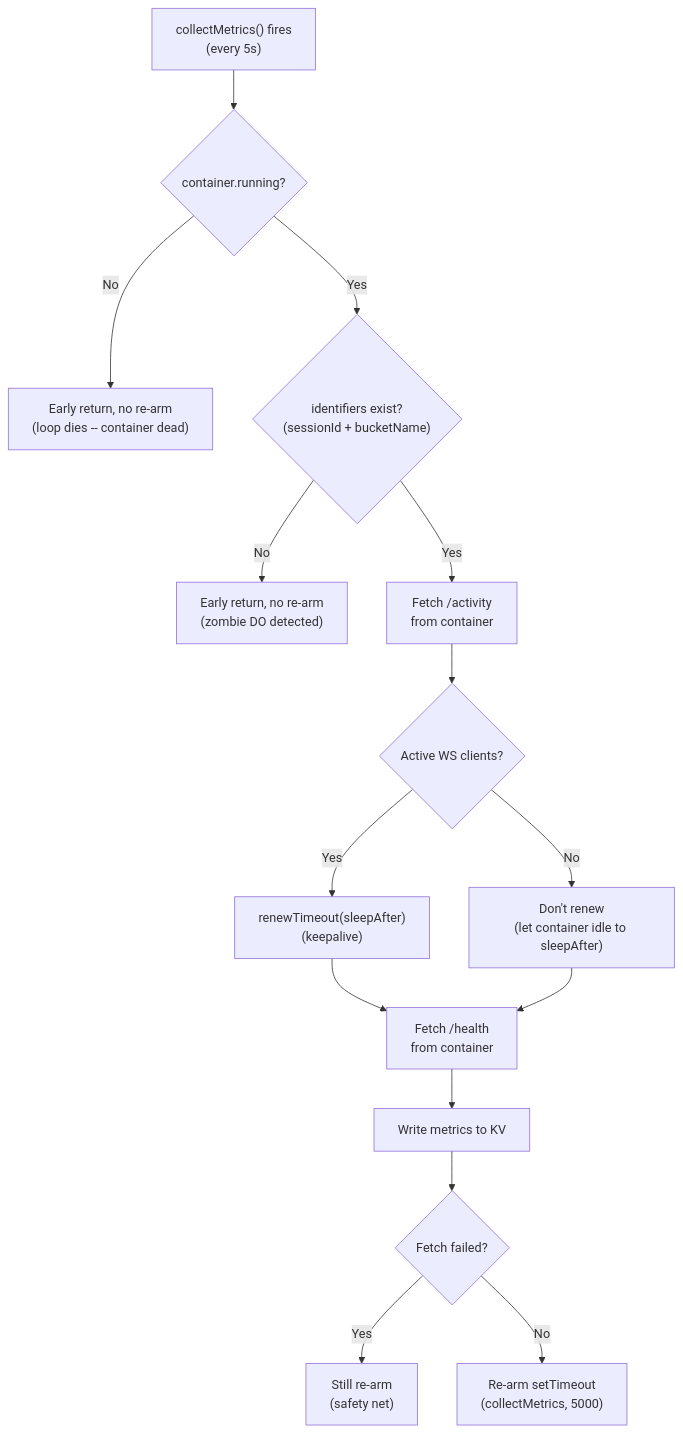
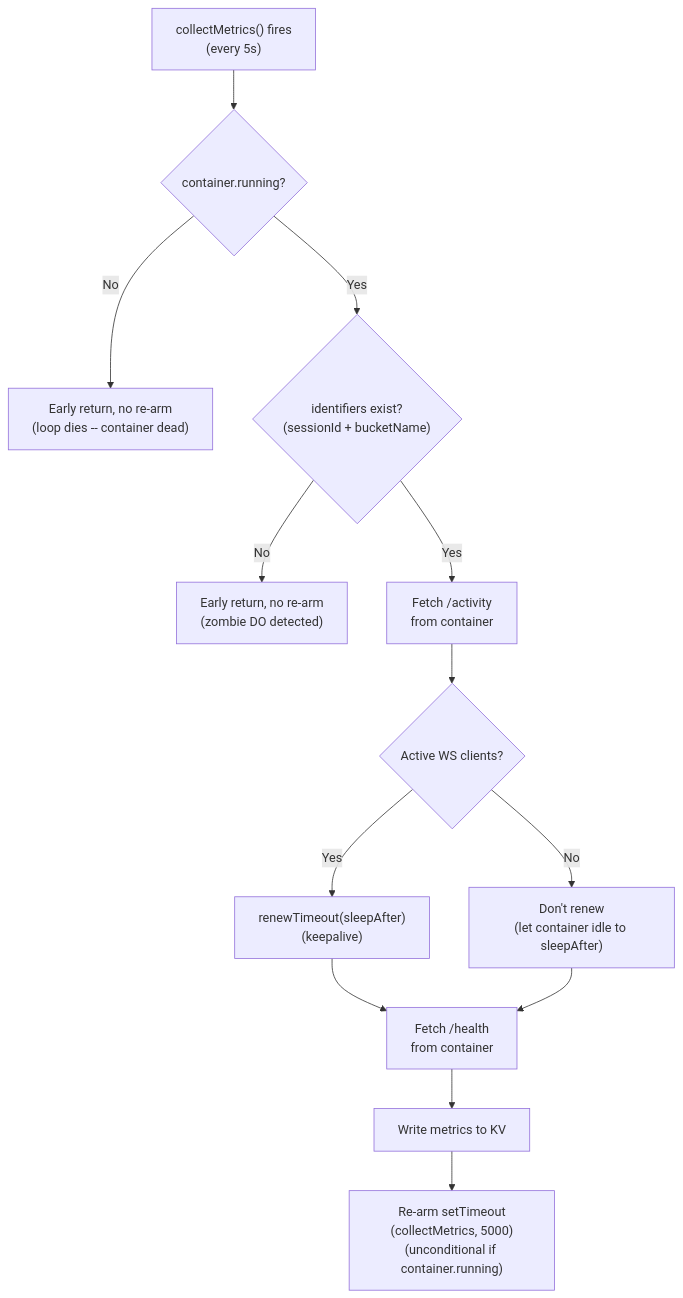
Before and after one commit to nikolanovoselec/codeflare: the second of 12 diagrams in TECHNICAL.md, drawn with Mermaid. The commit also changed other lines of this file and 1 other file, not shown here.

````diff
--- a/TECHNICAL.md
+++ b/TECHNICAL.md
@@ -99,18 +99,16 @@
 ```mermaid
 flowchart TD
     CM["collectMetrics() fires<br/>(every 5s)"] --> CRunning{"container.running?"}
     CRunning -->|No| Exit1["Early return, no re-arm<br/>(loop dies -- container dead)"]
     CRunning -->|Yes| IDs{"identifiers exist?<br/>(sessionId + bucketName)"}
     IDs -->|No| Exit2["Early return, no re-arm<br/>(zombie DO detected)"]
     IDs -->|Yes| FetchAct["Fetch /activity<br/>from container"]
     FetchAct --> WSClients{"Active WS clients?"}
     WSClients -->|Yes| Renew["renewTimeout(sleepAfter)<br/>(keepalive)"]
     WSClients -->|No| NoRenew["Don't renew<br/>(let container idle to sleepAfter)"]
     Renew --> FetchHealth["Fetch /health<br/>from container"]
     NoRenew --> FetchHealth
     FetchHealth --> WriteKV["Write metrics to KV"]
-    WriteKV --> FetchFailed{"Fetch failed?"}
-    FetchFailed -->|Yes| ReArm1["Still re-arm<br/>(safety net)"]
-    FetchFailed -->|No| ReArm2["Re-arm setTimeout<br/>(collectMetrics, 5000)"]
+    WriteKV --> ReArm["Re-arm setTimeout<br/>(collectMetrics, 5000)<br/>(unconditional if container.running)"]
 
 ```
````
